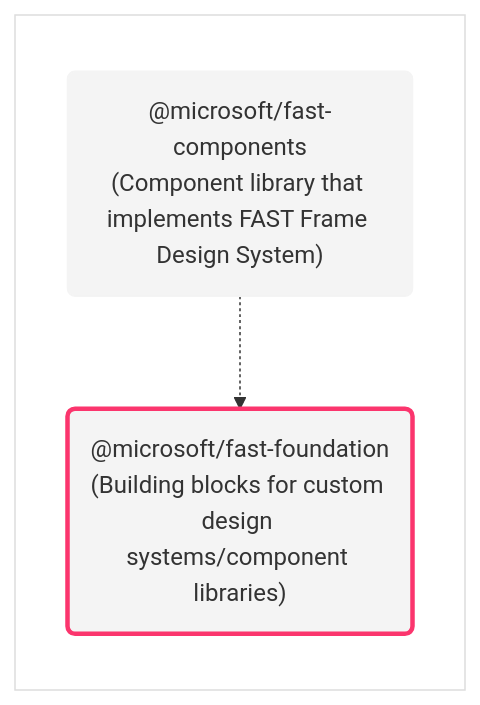
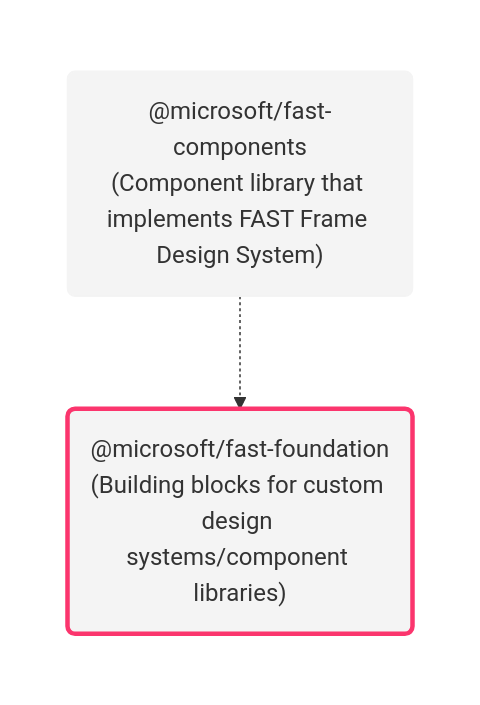
One commit to microsoft/fast changed the second of 3 diagrams in sites/website/src/docs/introduction.md. Above: the diagram before and after it, drawn with Mermaid. The commit also changed other lines of this file, not shown here.

Commit message:
remove outline from diagrams

````diff
--- a/sites/website/src/docs/introduction.md
+++ b/sites/website/src/docs/introduction.md
@@ -51,13 +51,13 @@
 ```mermaid
 flowchart
   subgraph FAST [ ]
     direction TB
     FastComponents("@microsoft/fast-components\n(Component library that implements FAST Frame Design System)")
     FastFoundation("@microsoft/fast-foundation\n(Building blocks for custom design systems/component libraries)")
     FastComponents -.-> FastFoundation
   end
 
-  style FAST fill:transparent,stroke:#ddd
+  style FAST fill:transparent,stroke:none
   style FastComponents fill:#f4f4f4,stroke:#f4f4f4,color:#333
   style FastFoundation fill:#f4f4f4,stroke:#fb356d,stroke-width:3px,color:#333
 ```
````
